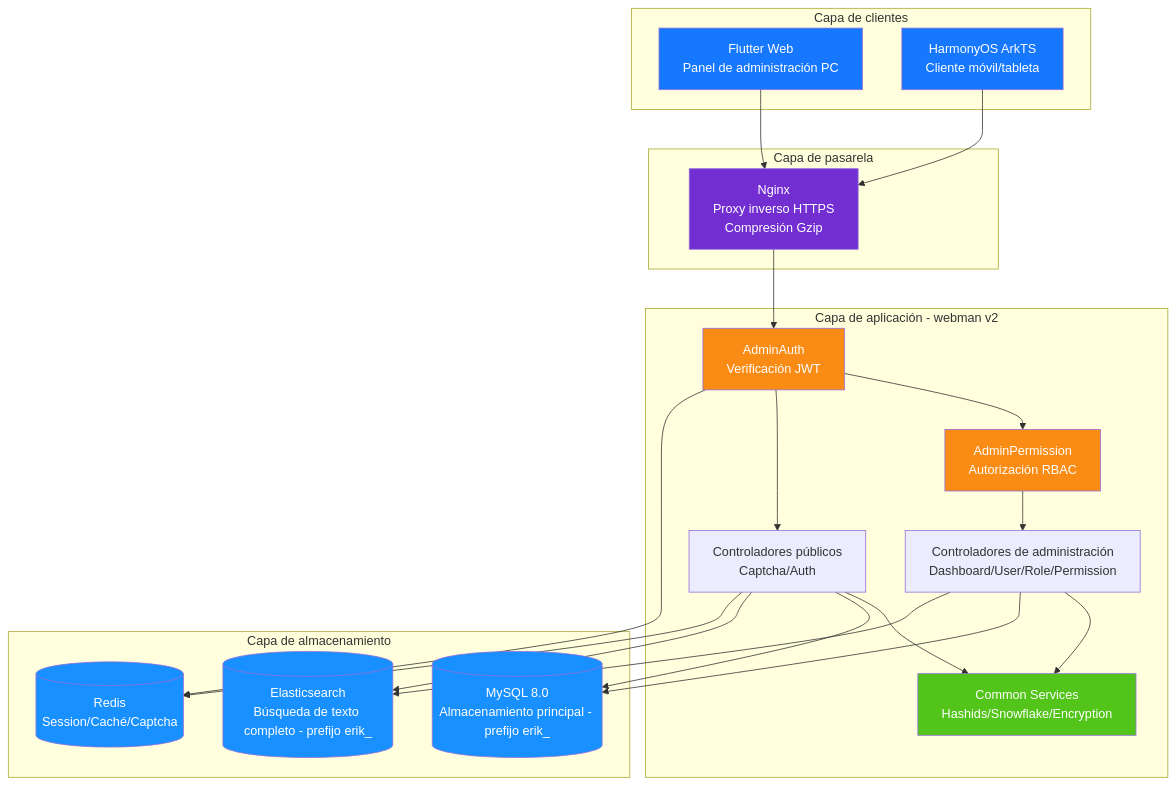
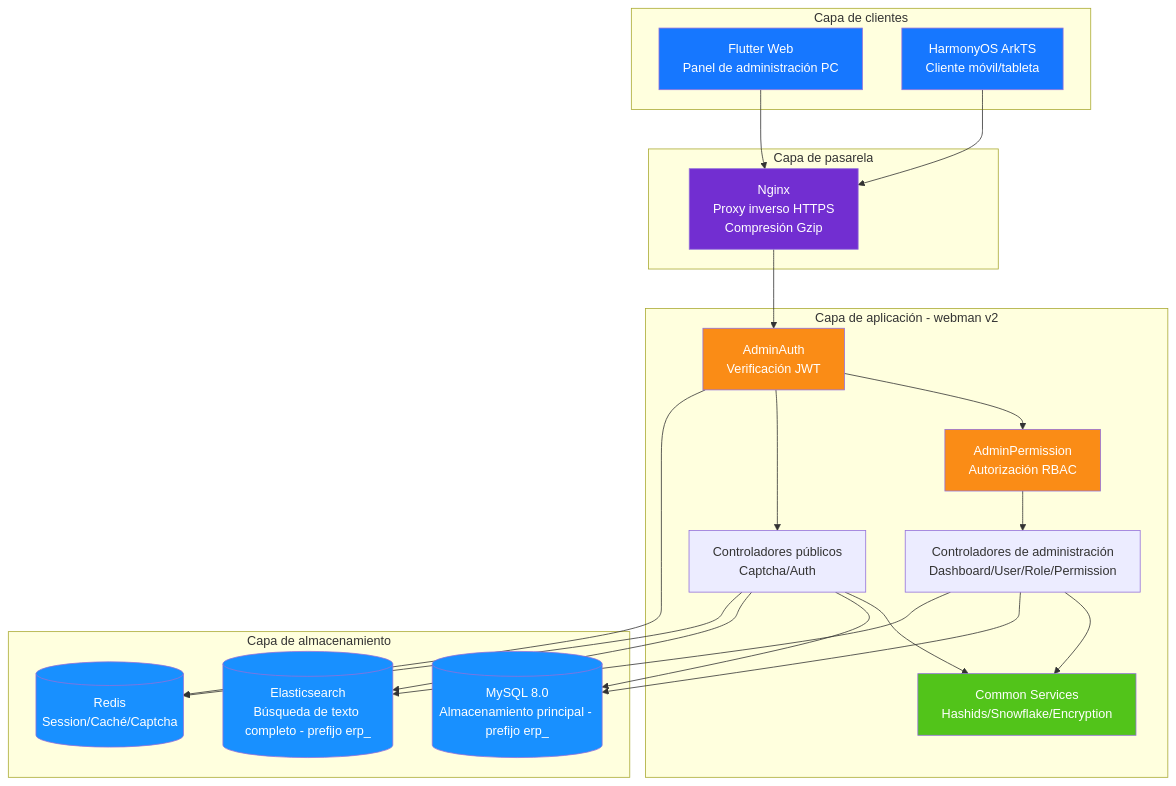
The diagram in docs/i18n/es/diagrams/01-system-architecture.md (erikwang2013/erp-php), drawn with Mermaid before and after one commit. The commit also changed 449 other files, not shown here.

First line of the commit message:
全局命名统一：数据库 erp、表前缀 erp_、Redis 前缀 erp:（原 erik_/open_admin）

````diff
--- a/docs/i18n/es/diagrams/01-system-architecture.md
+++ b/docs/i18n/es/diagrams/01-system-architecture.md
@@ -3,50 +3,50 @@
 ```mermaid
 flowchart TB
     subgraph clients["Capa de clientes"]
         flutter["Flutter Web<br/>Panel de administración PC"]
         harmony["HarmonyOS ArkTS<br/>Cliente móvil/tableta"]
     end
 
     subgraph gateway["Capa de pasarela"]
         nginx["Nginx<br/>Proxy inverso HTTPS<br/>Compresión Gzip"]
     end
 
     subgraph app["Capa de aplicación - webman v2"]
         auth["AdminAuth<br/>Verificación JWT"]
         perm["AdminPermission<br/>Autorización RBAC"]
         admin["Controladores de administración<br/>Dashboard/User/Role/Permission"]
         public["Controladores públicos<br/>Captcha/Auth"]
         common["Common Services<br/>Hashids/Snowflake/Encryption"]
     end
 
     subgraph storage["Capa de almacenamiento"]
-        mysql[("MySQL 8.0<br/>Almacenamiento principal - prefijo erik_")]
-        es[("Elasticsearch<br/>Búsqueda de texto completo - prefijo erik_")]
+        mysql[("MySQL 8.0<br/>Almacenamiento principal - prefijo erp_")]
+        es[("Elasticsearch<br/>Búsqueda de texto completo - prefijo erp_")]
         redis[("Redis<br/>Session/Caché/Captcha")]
     end
 
     flutter --> nginx
     harmony --> nginx
     nginx --> auth
     auth --> perm
     perm --> admin
     auth --> public
     admin --> common
     public --> common
     admin --> mysql
     public --> mysql
     admin --> es
     public --> es
     auth --> redis
     public --> redis
 
     style flutter fill:#1677FF,color:#fff
     style harmony fill:#1677FF,color:#fff
     style nginx fill:#722ED1,color:#fff
     style auth fill:#FA8C16,color:#fff
     style perm fill:#FA8C16,color:#fff
     style common fill:#52C41A,color:#fff
     style mysql fill:#1890FF,color:#fff
     style es fill:#1890FF,color:#fff
     style redis fill:#1890FF,color:#fff
 ```
````
